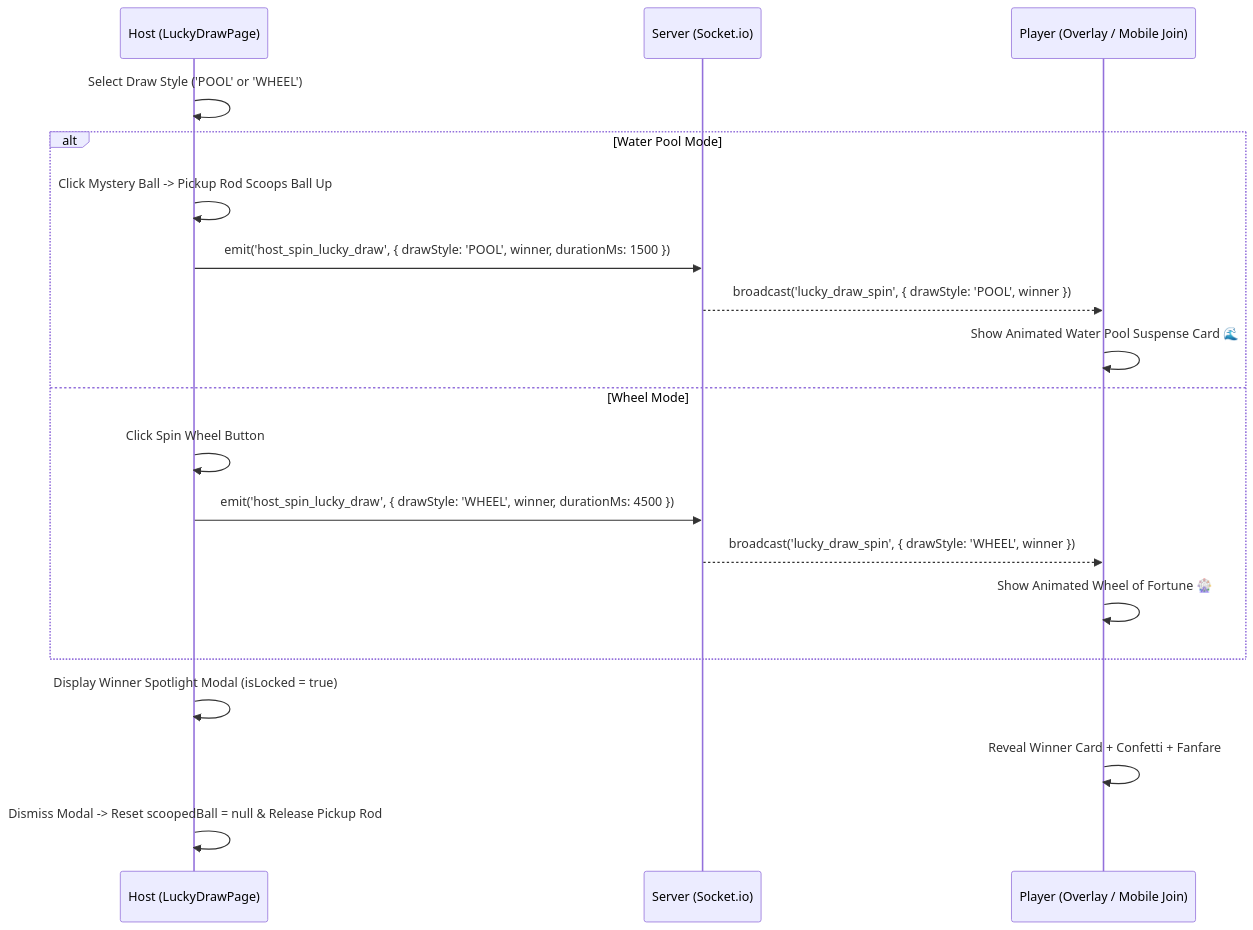
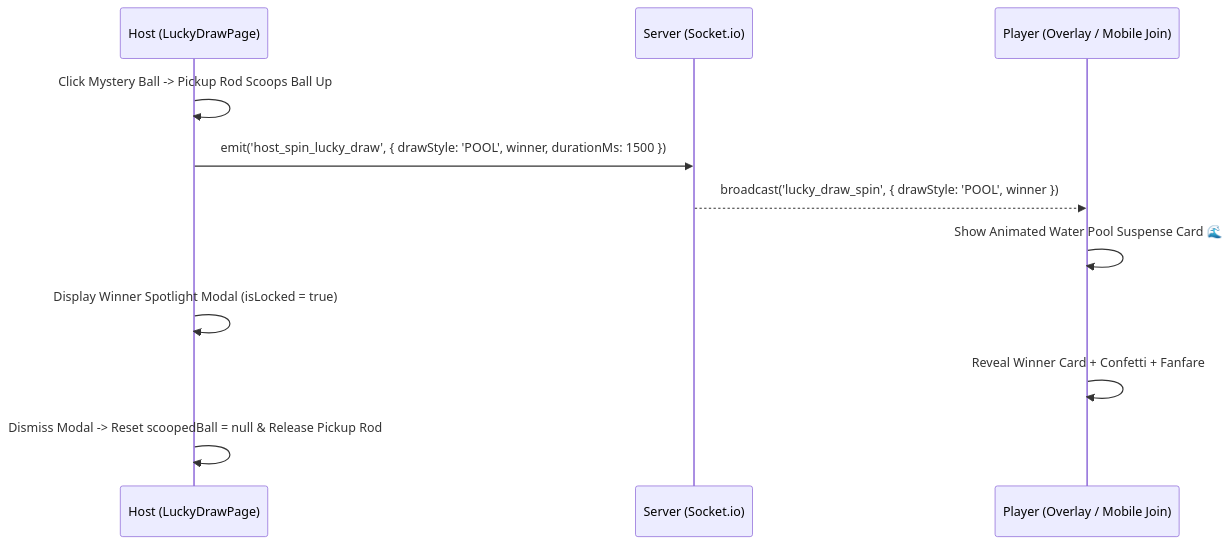
The second of 2 diagrams in spec.md (lookmhen/Kaojai), drawn with Mermaid before and after one commit. The commit also changed other lines of this file and 7 other files, not shown here.

First line of the commit message:
feat(luckydraw): add capsule crack split action and drop lucky wheel

````diff
--- a/spec.md
+++ b/spec.md
@@ -159,22 +159,22 @@
 ```mermaid
 sequenceDiagram
     participant H as Host (LuckyDrawPage)
     participant S as Server (Socket.io)
     participant P as Player (Overlay / Mobile Join)
 
-    H->>H: Select Draw Style ('POOL' or 'WHEEL')
-    alt Water Pool Mode
+
+
         H->>H: Click Mystery Ball -> Pickup Rod Scoops Ball Up
         H->>S: emit('host_spin_lucky_draw', { drawStyle: 'POOL', winner, durationMs: 1500 })
         S-->>P: broadcast('lucky_draw_spin', { drawStyle: 'POOL', winner })
         P->>P: Show Animated Water Pool Suspense Card 🌊
-    else Wheel Mode
-        H->>H: Click Spin Wheel Button
-        H->>S: emit('host_spin_lucky_draw', { drawStyle: 'WHEEL', winner, durationMs: 4500 })
-        S-->>P: broadcast('lucky_draw_spin', { drawStyle: 'WHEEL', winner })
-        P->>P: Show Animated Wheel of Fortune 🎡
-    end
+
+
+
+
+
+
     H->>H: Display Winner Spotlight Modal (isLocked = true)
     P->>P: Reveal Winner Card + Confetti + Fanfare
     H->>H: Dismiss Modal -> Reset scoopedBall = null & Release Pickup Rod
 ```
````
